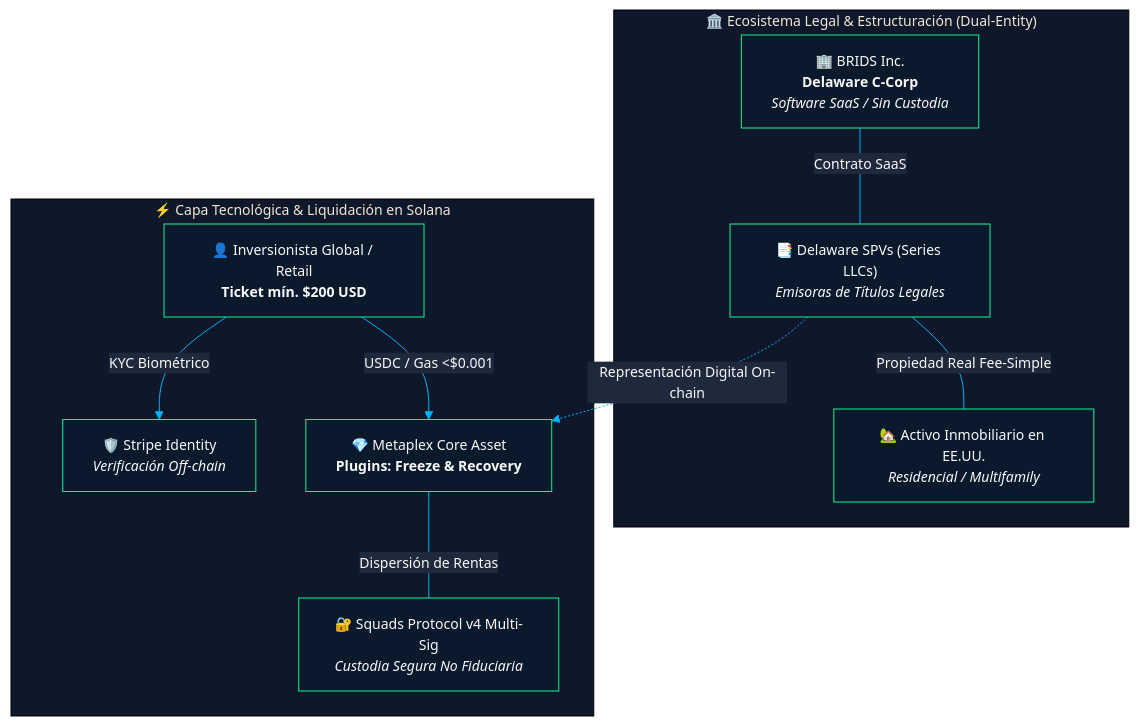
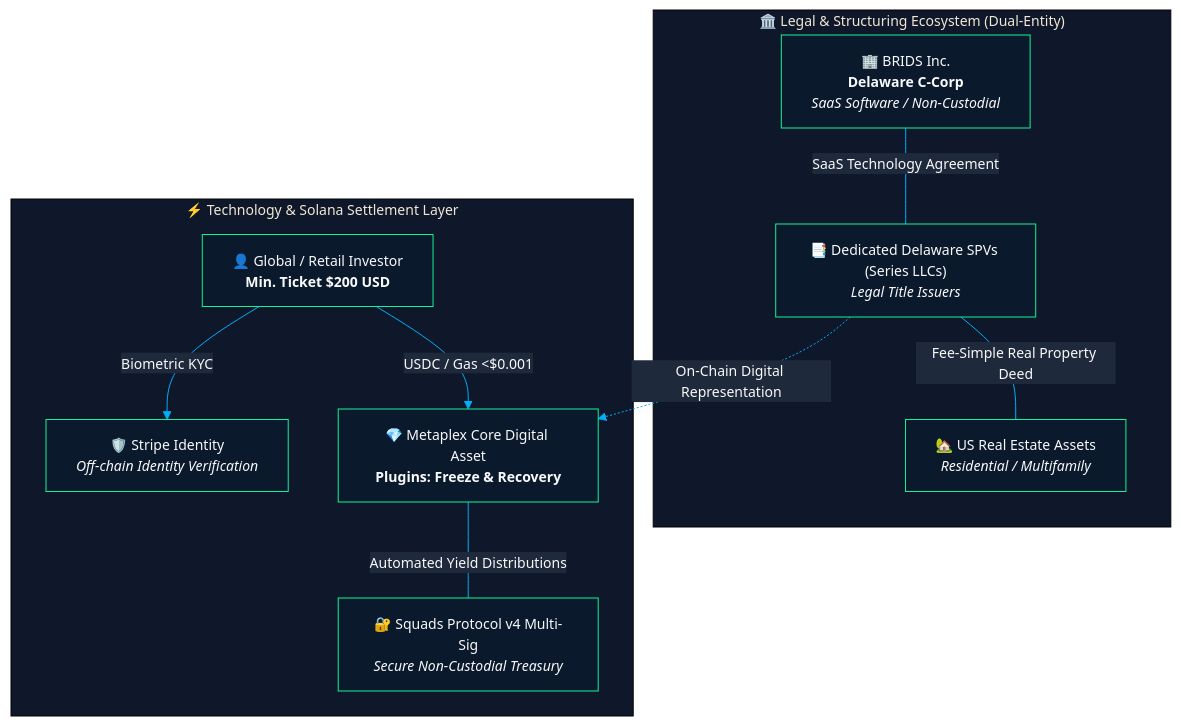
One commit to jeisonsosablockdev/BRIDS-KNOWLEDGE-FORT changed the first of 2 diagrams in README.md. Above: the diagram before and after it, drawn with Mermaid. The commit also changed other lines of this file, not shown here.

````diff
--- a/README.md
+++ b/README.md
@@ -105,16 +105,16 @@
 ```mermaid
 %%{init: {'theme': 'base', 'themeVariables': { 'primaryColor': '#0B192C', 'primaryTextColor': '#F8F9FA', 'primaryBorderColor': '#14F195', 'lineColor': '#00B0F9', 'secondaryColor': '#1E293B', 'tertiaryColor': '#0F172A', 'fontSize': '14px'}}}%%
 flowchart TD
-    subgraph Legal_Ecosystem["🏛️ Ecosistema Legal & Estructuración (Dual-Entity)"]
-        A["🏢 BRIDS Inc.<br/><b>Delaware C-Corp</b><br/><i>Software SaaS / Sin Custodia</i>"] ---|Contrato SaaS| B["📑 Delaware SPVs (Series LLCs)<br/><i>Emisoras de Títulos Legales</i>"]
-        B ---|Propiedad Real Fee-Simple| C["🏡 Activo Inmobiliario en EE.UU.<br/><i>Residencial / Multifamily</i>"]
+    subgraph Legal_Ecosystem["🏛️ Legal & Structuring Ecosystem (Dual-Entity)"]
+        A["🏢 BRIDS Inc.<br/><b>Delaware C-Corp</b><br/><i>SaaS Software / Non-Custodial</i>"] ---|SaaS Technology Agreement| B["📑 Dedicated Delaware SPVs (Series LLCs)<br/><i>Legal Title Issuers</i>"]
+        B ---|Fee-Simple Real Property Deed| C["🏡 US Real Estate Assets<br/><i>Residential / Multifamily</i>"]
     end
 
-    subgraph Tech_Ecosystem["⚡ Capa Tecnológica & Liquidación en Solana"]
-        D["👤 Inversionista Global / Retail<br/><b>Ticket mín. $200 USD</b>"] -->|KYC Biométrico| E["🛡️ Stripe Identity<br/><i>Verificación Off-chain</i>"]
-        D -->|USDC / Gas <$0.001| F["💎 Metaplex Core Asset<br/><b>Plugins: Freeze & Recovery</b>"]
-        F ---|Dispersión de Rentas| G["🔐 Squads Protocol v4 Multi-Sig<br/><i>Custodia Segura No Fiduciaria</i>"]
+    subgraph Tech_Ecosystem["⚡ Technology & Solana Settlement Layer"]
+        D["👤 Global / Retail Investor<br/><b>Min. Ticket $200 USD</b>"] -->|Biometric KYC| E["🛡️ Stripe Identity<br/><i>Off-chain Identity Verification</i>"]
+        D -->|USDC / Gas <$0.001| F["💎 Metaplex Core Digital Asset<br/><b>Plugins: Freeze & Recovery</b>"]
+        F ---|Automated Yield Distributions| G["🔐 Squads Protocol v4 Multi-Sig<br/><i>Secure Non-Custodial Treasury</i>"]
     end
 
-    B -.->|Representación Digital On-chain| F
+    B -.->|On-Chain Digital Representation| F
 ```
````
